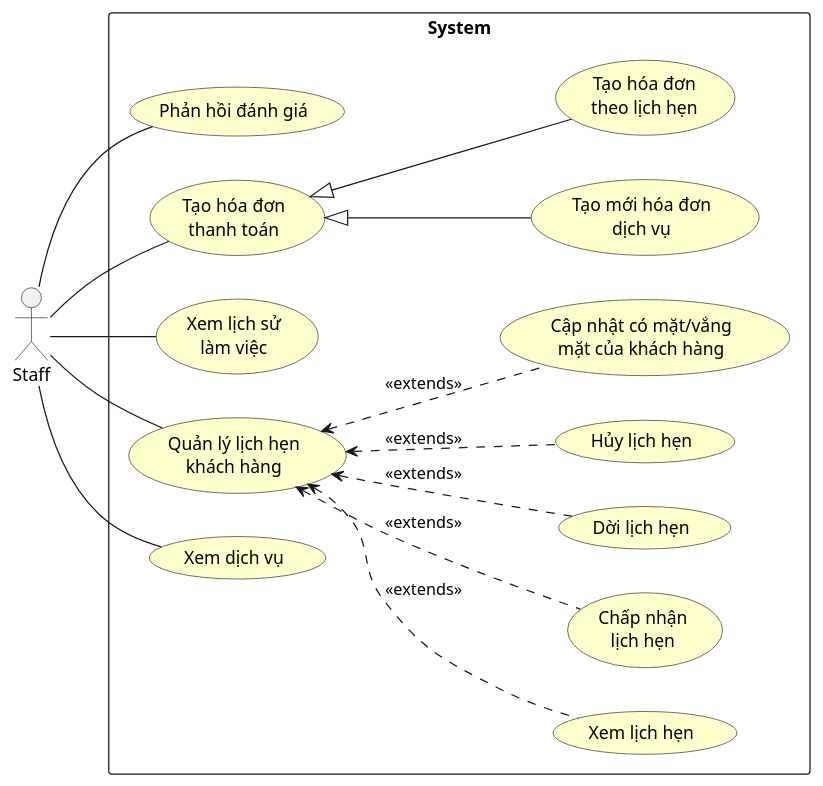
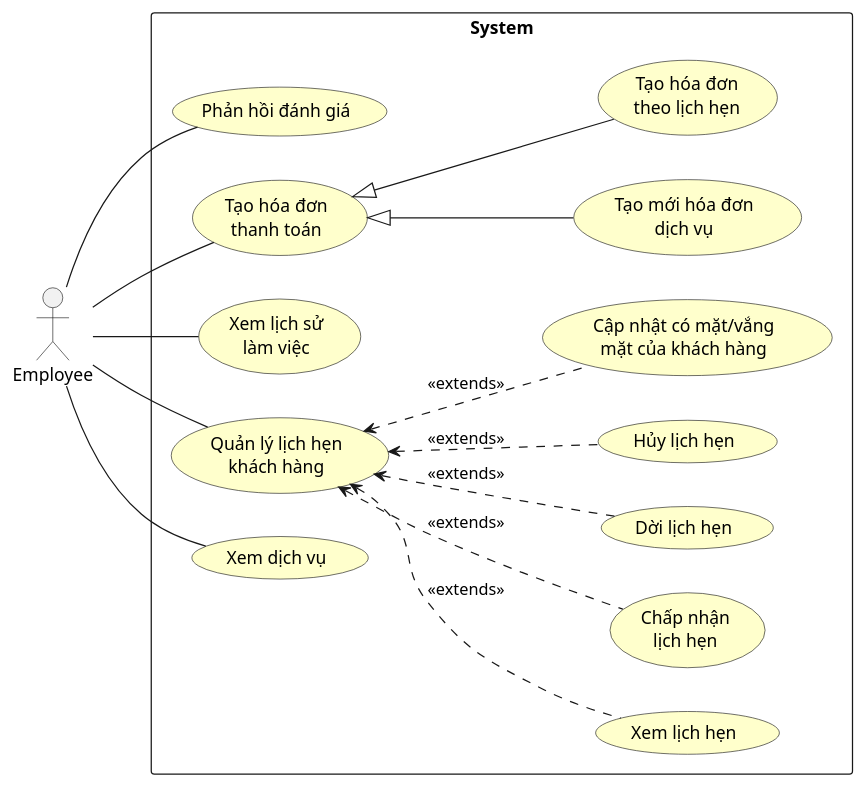
Before and after one commit to tozydev/virgo-14: the fourth of 9 diagrams in docs/software-specs.md, drawn with PlantUML. The commit also changed other lines of this file and 3 other files, not shown here.

Commit message:
docs: change Staff term to Employee term

````diff
--- a/docs/software-specs.md
+++ b/docs/software-specs.md
@@ -283,48 +283,48 @@
 ```plantuml
-'| fig-cap: Biểu đồ use case phân rã của **Staff**
+'| fig-cap: Biểu đồ use case phân rã của **Employee**
 @startuml
 
 skinparam usecase {
   BackgroundColor BUSINESS
 }
 
 skinparam note {
   BackgroundColor LightSkyBlue
 }
 
 left to right direction
 
-actor Staff as S
+actor Employee as S
 
 rectangle System {
   usecase "Phản hồi đánh giá" as UC1
   usecase "Tạo hóa đơn\nthanh toán" as UC2
   usecase "Xem lịch sử\nlàm việc" as UC4
   usecase "Quản lý lịch hẹn\nkhách hàng" as UC5
   usecase "Xem dịch vụ" as UC6
   usecase "Tạo mới hóa đơn\ndịch vụ" as UC7
   usecase "Tạo hóa đơn\ntheo lịch hẹn" as UC8
   usecase "Xem lịch hẹn" as UC11
   usecase "Chấp nhận\nlịch hẹn" as UC12
   usecase "Dời lịch hẹn" as UC13
   usecase "Hủy lịch hẹn" as UC14
   usecase "Cập nhật có mặt/vắng\nmặt của khách hàng" as UC15
 }
 
 UC2 <|-- UC7
 UC2 <|-- UC8
 
 UC5 <.. UC11 : <<extends>>
 UC5 <.. UC12 : <<extends>>
 UC5 <.. UC13 : <<extends>>
 UC5 <.. UC14 : <<extends>>
 UC5 <.. UC15 : <<extends>>
 
 S -- UC1
 S -- UC2
 S -- UC4
 S -- UC5
 S -- UC6
 
 @enduml
 ```
````
